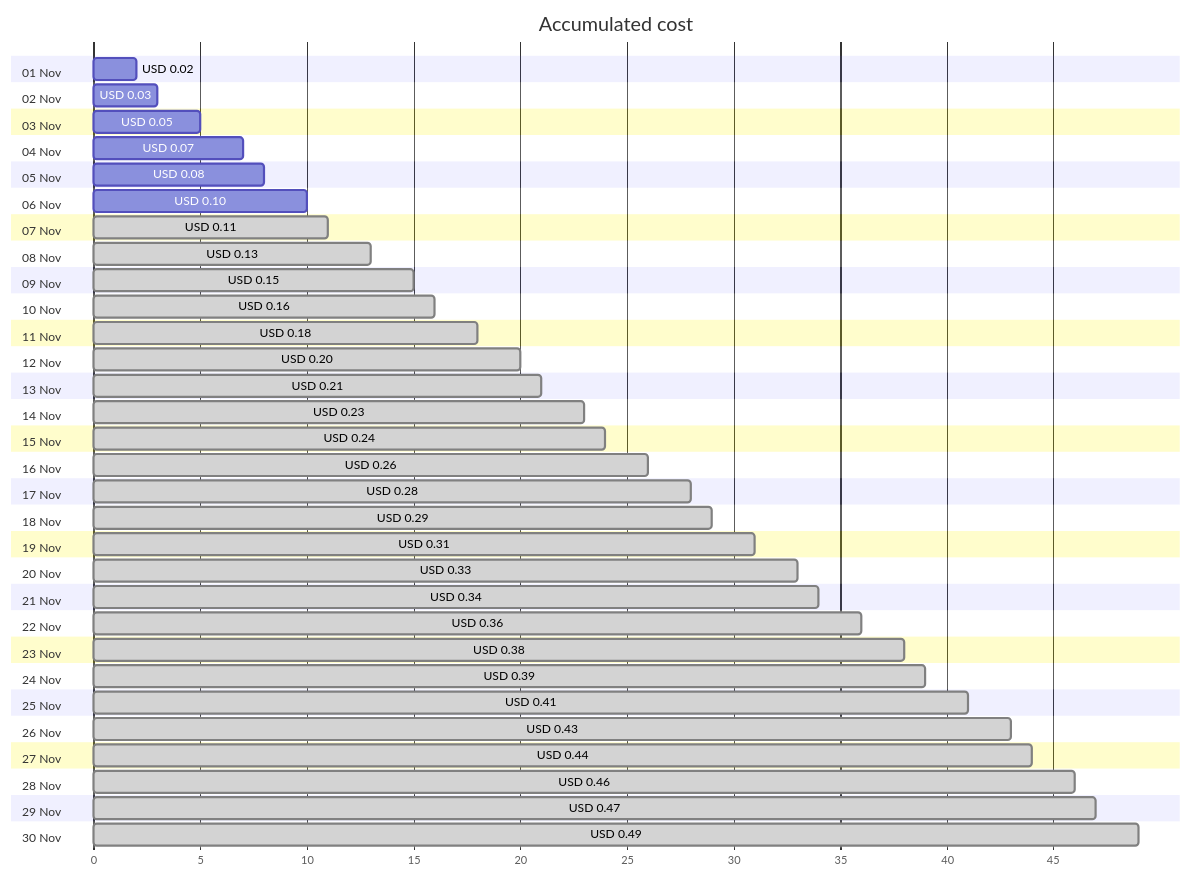
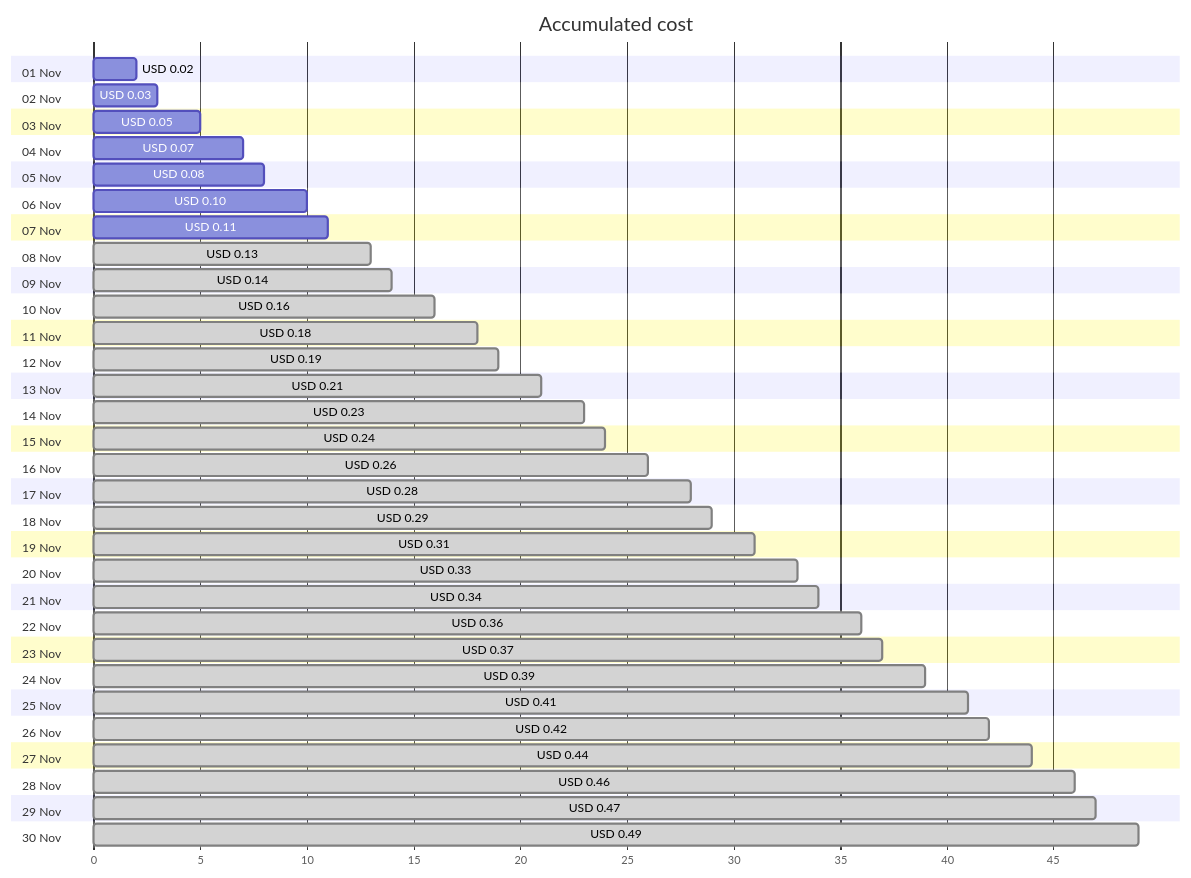
The first of 4 diagrams in cost-reports/personal-dns/jpatrickfulton.dev.md (jpfulton/azure-personal-reports), drawn with Mermaid before and after one commit. The commit also changed other lines of this file and 2 other files, not shown here.

````diff
--- a/cost-reports/personal-dns/jpatrickfulton.dev.md
+++ b/cost-reports/personal-dns/jpatrickfulton.dev.md
@@ -20,66 +20,66 @@
 ```mermaid
 gantt
    title Accumulated cost
    dateFormat  X
    axisFormat %s
    section 01 Nov
    USD 0.02 :0, 2
    section 02 Nov
    USD 0.03 :0, 3
    section 03 Nov
    USD 0.05 :0, 5
    section 04 Nov
    USD 0.07 :0, 7
    section 05 Nov
    USD 0.08 :0, 8
    section 06 Nov
    USD 0.10 :0, 10
    section 07 Nov
-   USD 0.11 : done, 0, 11
+   USD 0.11 :0, 11
    section 08 Nov
    USD 0.13 : done, 0, 13
    section 09 Nov
-   USD 0.15 : done, 0, 15
+   USD 0.14 : done, 0, 14
    section 10 Nov
    USD 0.16 : done, 0, 16
    section 11 Nov
    USD 0.18 : done, 0, 18
    section 12 Nov
-   USD 0.20 : done, 0, 20
+   USD 0.19 : done, 0, 19
    section 13 Nov
    USD 0.21 : done, 0, 21
    section 14 Nov
    USD 0.23 : done, 0, 23
    section 15 Nov
    USD 0.24 : done, 0, 24
    section 16 Nov
    USD 0.26 : done, 0, 26
    section 17 Nov
    USD 0.28 : done, 0, 28
    section 18 Nov
    USD 0.29 : done, 0, 29
    section 19 Nov
    USD 0.31 : done, 0, 31
    section 20 Nov
    USD 0.33 : done, 0, 33
    section 21 Nov
    USD 0.34 : done, 0, 34
    section 22 Nov
    USD 0.36 : done, 0, 36
    section 23 Nov
-   USD 0.38 : done, 0, 38
+   USD 0.37 : done, 0, 37
    section 24 Nov
    USD 0.39 : done, 0, 39
    section 25 Nov
    USD 0.41 : done, 0, 41
    section 26 Nov
-   USD 0.43 : done, 0, 43
+   USD 0.42 : done, 0, 42
    section 27 Nov
    USD 0.44 : done, 0, 44
    section 28 Nov
    USD 0.46 : done, 0, 46
    section 29 Nov
    USD 0.47 : done, 0, 47
    section 30 Nov
    USD 0.49 : done, 0, 49
 ```
````
